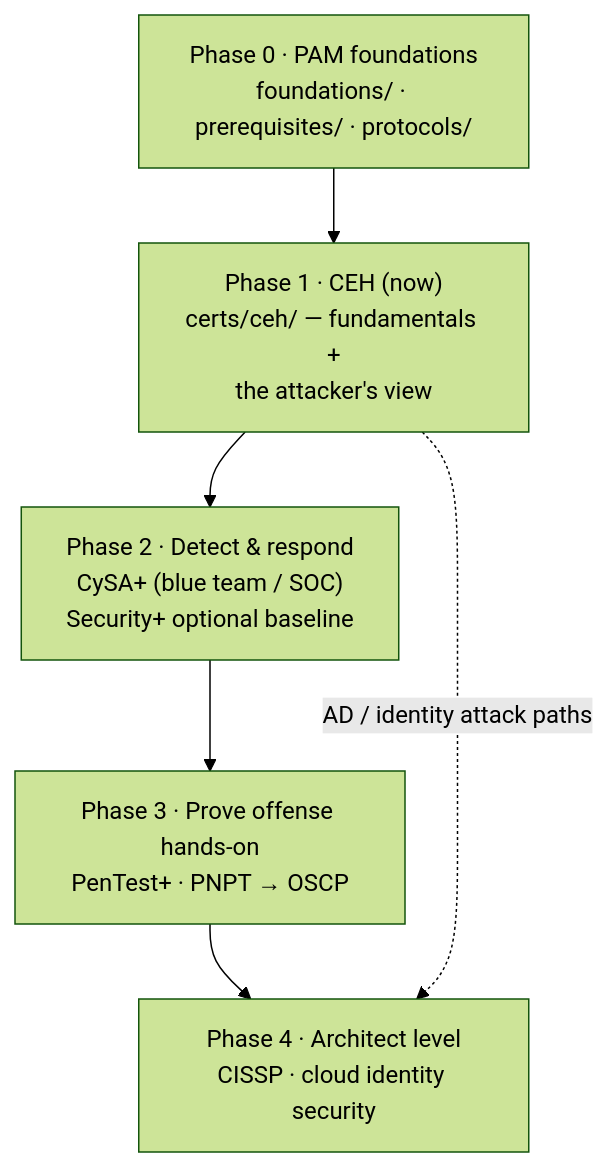
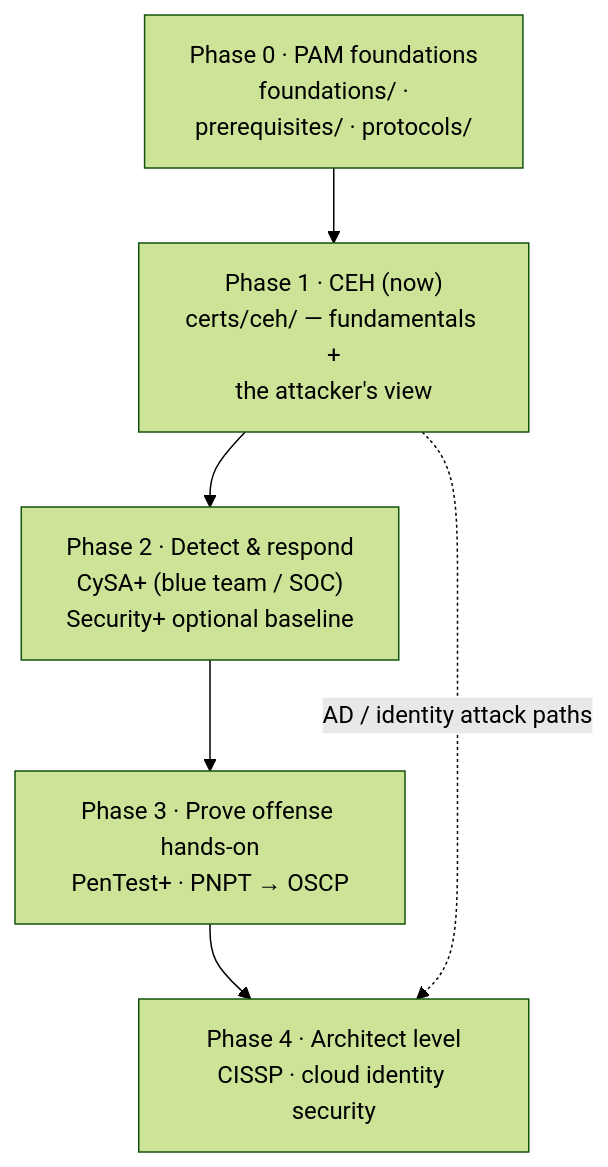
The first of 2 diagrams in README.md (morandeirachema/CyberCerts), drawn with Mermaid (forest theme) before and after one commit. The commit also changed 106 other files, not shown here.

````diff
--- a/README.md
+++ b/README.md
@@ -62,10 +62,10 @@
 ```mermaid
 flowchart TB
-    P0["Phase 0 · PAM foundations<br/>foundations/ · prerequisites/ · protocols/"]
+    P0["Phase 0 · PAM foundations<br/>foundations/ ·<br/>prerequisites/ · protocols/"]
     P1["Phase 1 · CEH (now)<br/>certs/ceh/ — fundamentals +<br/>the attacker's view"]
     P2["Phase 2 · Detect & respond<br/>CySA+ (blue team / SOC)<br/>Security+ optional baseline"]
     P3["Phase 3 · Prove offense hands-on<br/>PenTest+ · PNPT → OSCP"]
     P4["Phase 4 · Architect level<br/>CISSP · cloud identity security"]
     P0 --> P1 --> P2 --> P3 --> P4
     P1 -.->|"AD / identity attack paths"| P4
 ```
````
